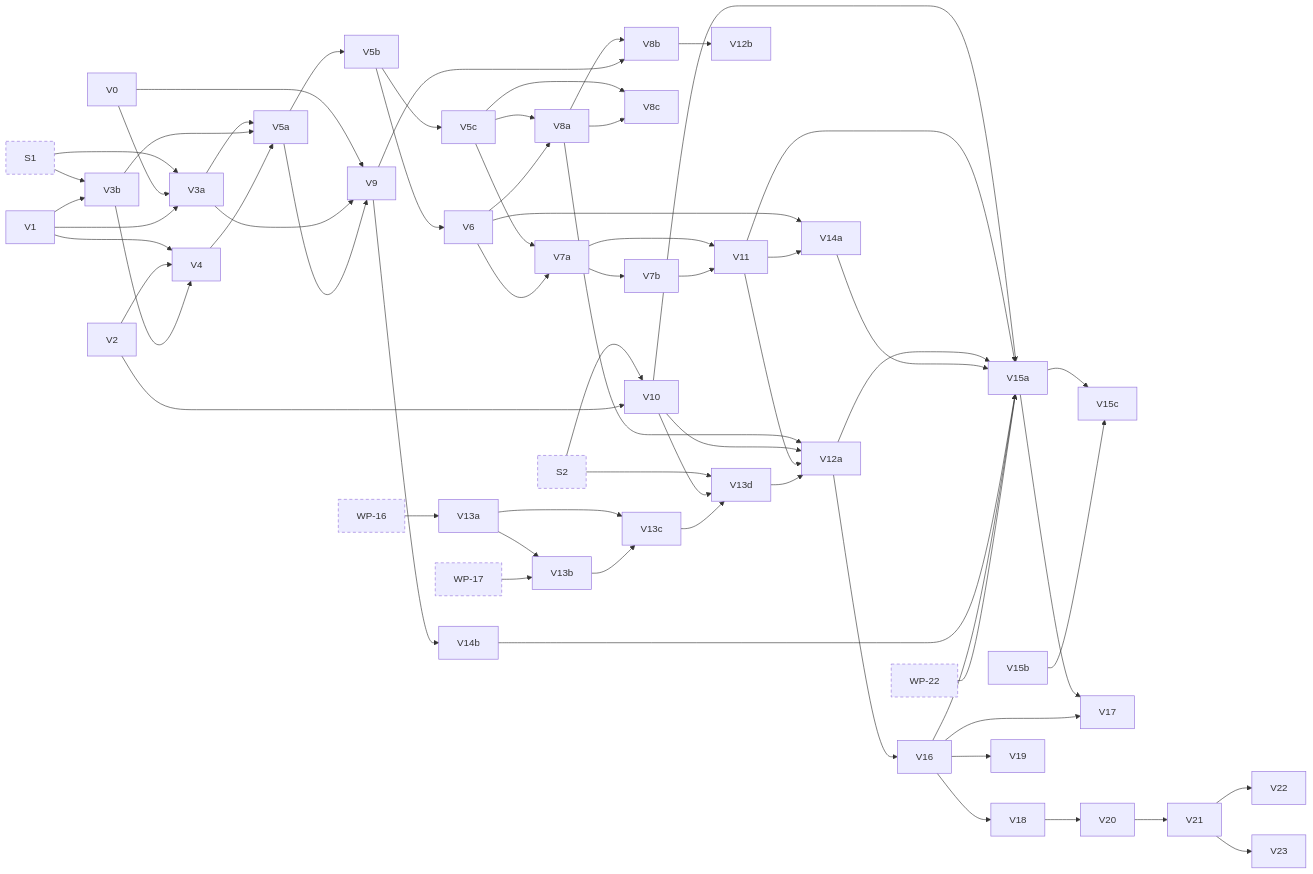
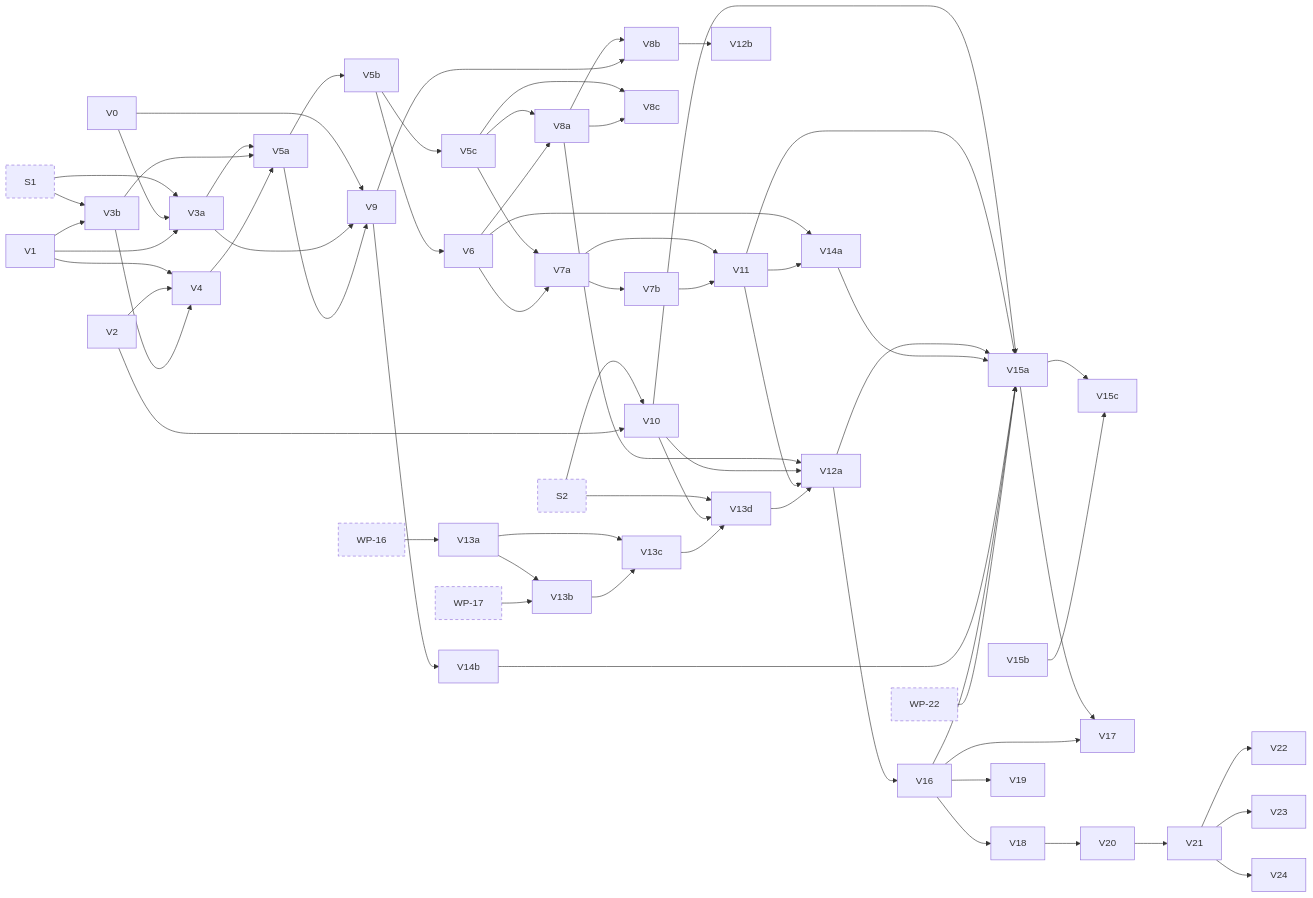
Before and after one commit to jhoblitt/rgw-go: the fourth of 11 diagrams in docs/superpowers/plans/2026-10-13-phase-2/dependencies.md, drawn with Mermaid. The commit also changed 2 other files, not shown here.

Commit message:
docs(plan): add V24, a version left unlisted is still expired and blocks DeleteBucket
A version left with its head and instance entry but no list entry
escapes lifecycle, which walks the listing, and is missed by
DeleteBucket's emptiness check. That check reads the same listing, so
the bucket's index is then removed whole while the version's head and
tails stay in the data pool, counted nowhere. V21's re-review 3 found it
(N7) on main.

V24 lists the paths that leave the state, as docs/differences.md
records them. It names the two designs, a durable marker or bi_list
reads (which D8 leaves out of scope), and cites radosgw's own listing
check at v19.2.7 and v20.2.4. The work ships as two PRs, DeleteBucket
first.

```diff
--- a/docs/superpowers/plans/2026-10-13-phase-2/dependencies.md
+++ b/docs/superpowers/plans/2026-10-13-phase-2/dependencies.md
@@ -260,6 +260,7 @@
   t_V21["V21"]
   t_V22["V22"]
   t_V23["V23"]
+  t_V24["V24"]
   t_S1["S1"]:::ext
   t_S2["S2"]:::ext
   t_WP_16["WP-16"]:::ext
@@ -329,6 +330,7 @@
   t_V20 --> t_V21
   t_V21 --> t_V22
   t_V21 --> t_V23
+  t_V21 --> t_V24
   click t_V0 href "https://github.com/jhoblitt/rgw-go/blob/main/docs/superpowers/plans/2026-10-13-phase-2/V-versioning.md#task-v0-a-failed-class-call-keeps-its-output" "V0: a failed class call keeps its output"
   click t_V1 href "https://github.com/jhoblitt/rgw-go/blob/main/docs/superpowers/plans/2026-10-13-phase-2/V-versioning.md#task-v1-clsrgw-olh-methods-bi_get-and-the-index-key-encoders" "V1: cls/rgw OLH methods, `bi_get` and the index key encoders"
   click t_V2 href "https://github.com/jhoblitt/rgw-go/blob/main/docs/superpowers/plans/2026-10-13-phase-2/V-versioning.md#task-v2-meta-olh-head-types-and-bucket-helpers" "V2: meta OLH head types and bucket helpers"
@@ -366,6 +368,7 @@
   click t_V21 href "https://github.com/jhoblitt/rgw-go/blob/main/docs/superpowers/plans/2026-10-13-phase-2/V-versioning.md#task-v21-a-replay-keeps-a-version-a-later-link-of-the-same-log-names" "V21: a replay keeps a version a later link of the same log names"
   click t_V22 href "https://github.com/jhoblitt/rgw-go/blob/main/docs/superpowers/plans/2026-10-13-phase-2/V-versioning.md#task-v22-a-replays-removal-keeps-a-version-a-link-lands-on-after-the-replay-read-the-log" "V22: a replay's removal keeps a version a link lands on after the replay read the log"
   click t_V23 href "https://github.com/jhoblitt/rgw-go/blob/main/docs/superpowers/plans/2026-10-13-phase-2/V-versioning.md#task-v23-two-refused-deletes-keep-the-newest-version-current" "V23: two refused deletes keep the newest version current"
+  click t_V24 href "https://github.com/jhoblitt/rgw-go/blob/main/docs/superpowers/plans/2026-10-13-phase-2/V-versioning.md#task-v24-a-version-left-unlisted-is-still-expired-and-blocks-deletebucket" "V24: a version left unlisted is still expired and blocks DeleteBucket"
   click t_S1 href "https://github.com/jhoblitt/rgw-go/blob/main/docs/superpowers/plans/2026-10-13-phase-2/00-index.md#task-s1-fakeradoss-rgw-class-as-method-tables" "S1: fakerados's rgw class as method tables"
   click t_S2 href "https://github.com/jhoblitt/rgw-go/blob/main/docs/superpowers/plans/2026-10-13-phase-2/00-index.md#task-s2-route-sets-per-feature-and-the-env-slots" "S2: route sets per feature and the Env slots"
   click t_WP_16 href "https://github.com/jhoblitt/rgw-go/blob/main/docs/superpowers/plans/2026-10-13-phase-2/WP-write-path.md#task-wp-16-the-otp-class-client" "WP-16: the otp class client"
```
